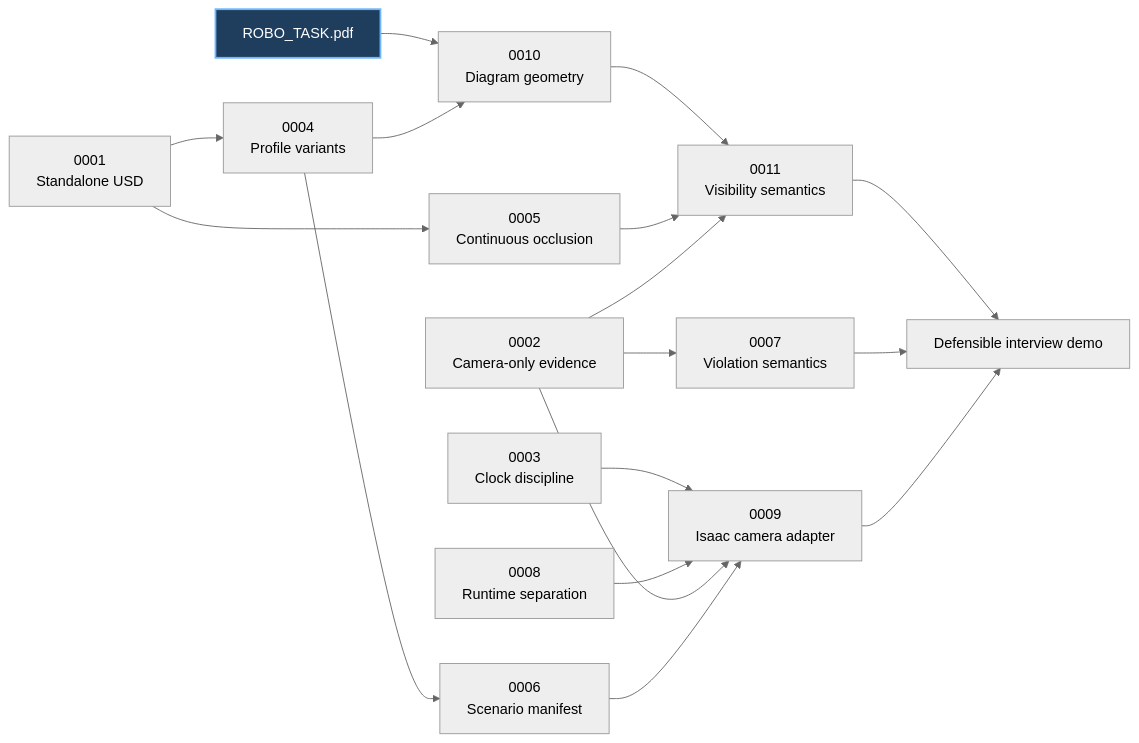
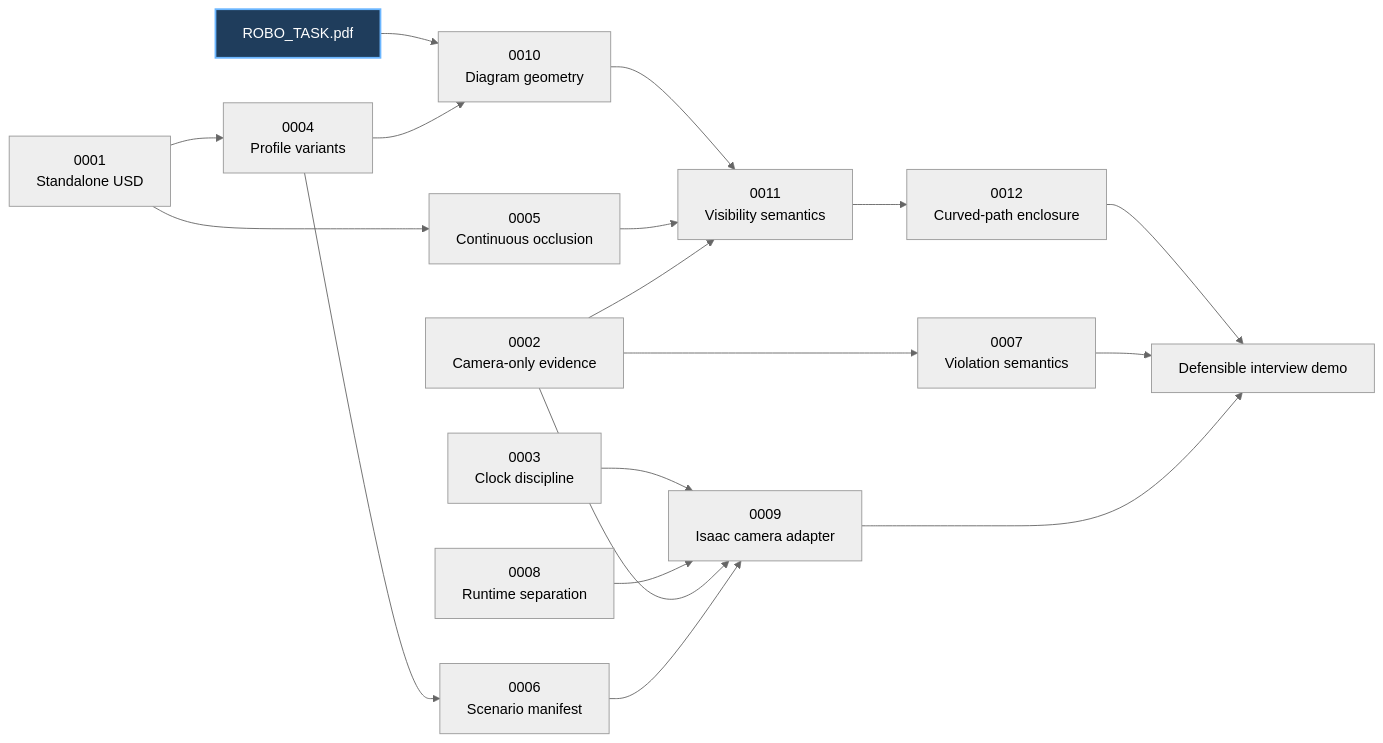
One commit to alexandergmzx/corridor-twin changed the diagram in docs/adr/README.md. Above: the diagram before and after it, drawn with Mermaid (neutral theme). The commit also changed other lines of this file and 8 other files, not shown here.

````diff
--- a/docs/adr/README.md
+++ b/docs/adr/README.md
@@ -22,26 +23,27 @@
 ```mermaid
 flowchart LR
     A1["0001<br/>Standalone USD"] --> A4["0004<br/>Profile variants"]
     A4 --> A6["0006<br/>Scenario manifest"]
 
     A2["0002<br/>Camera-only evidence"] --> A7["0007<br/>Violation semantics"]
     A3["0003<br/>Clock discipline"] --> A9["0009<br/>Isaac camera adapter"]
     A8["0008<br/>Runtime separation"] --> A9
     A2 --> A9
     A6 --> A9
 
     A1 --> A5["0005<br/>Continuous occlusion"]
 
     Task["ROBO_TASK.pdf"] --> A10["0010<br/>Diagram geometry"]
     A4 --> A10
     A10 --> A11["0011<br/>Visibility semantics"]
     A5 --> A11
     A2 --> A11
 
-    A11 --> Demo["Defensible interview demo"]
+    A11 --> A12["0012<br/>Curved-path enclosure"]
+    A12 --> Demo["Defensible interview demo"]
     A7 --> Demo
     A9 --> Demo
 
     classDef source fill:#1f3d5c,color:#ffffff,stroke:#6bb6ff,stroke-width:2px;
     class Task source;
 ```
````
